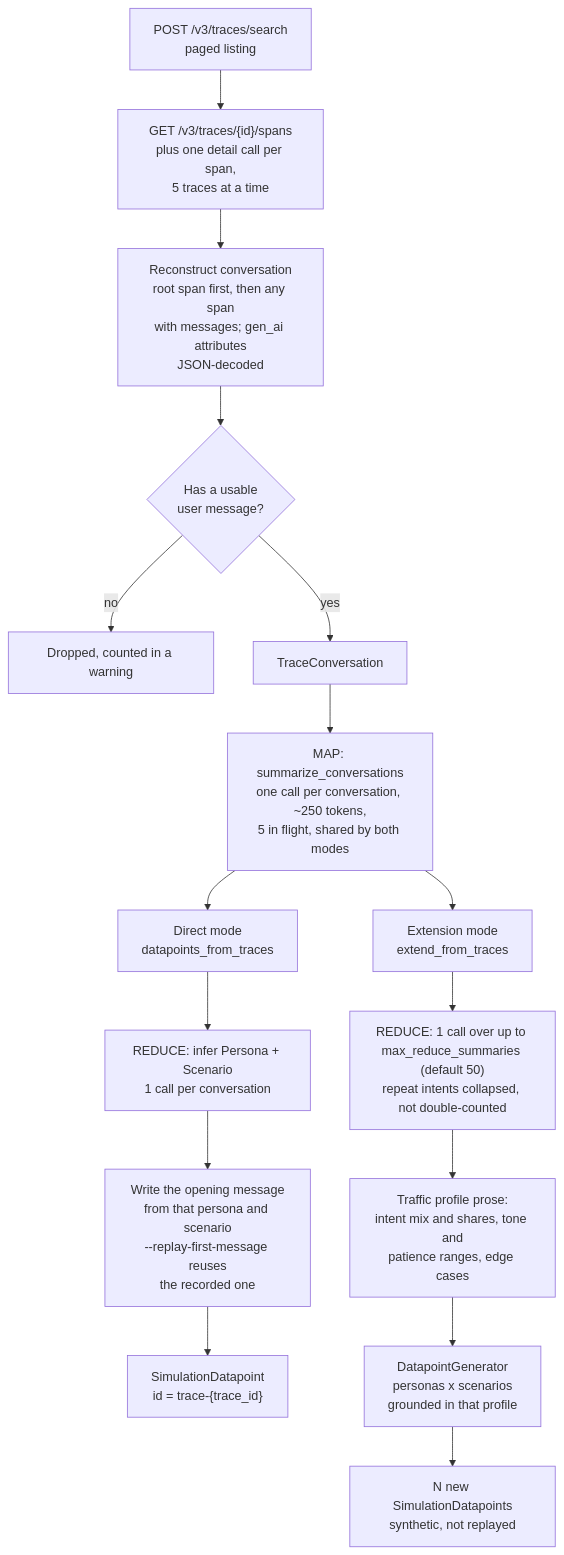
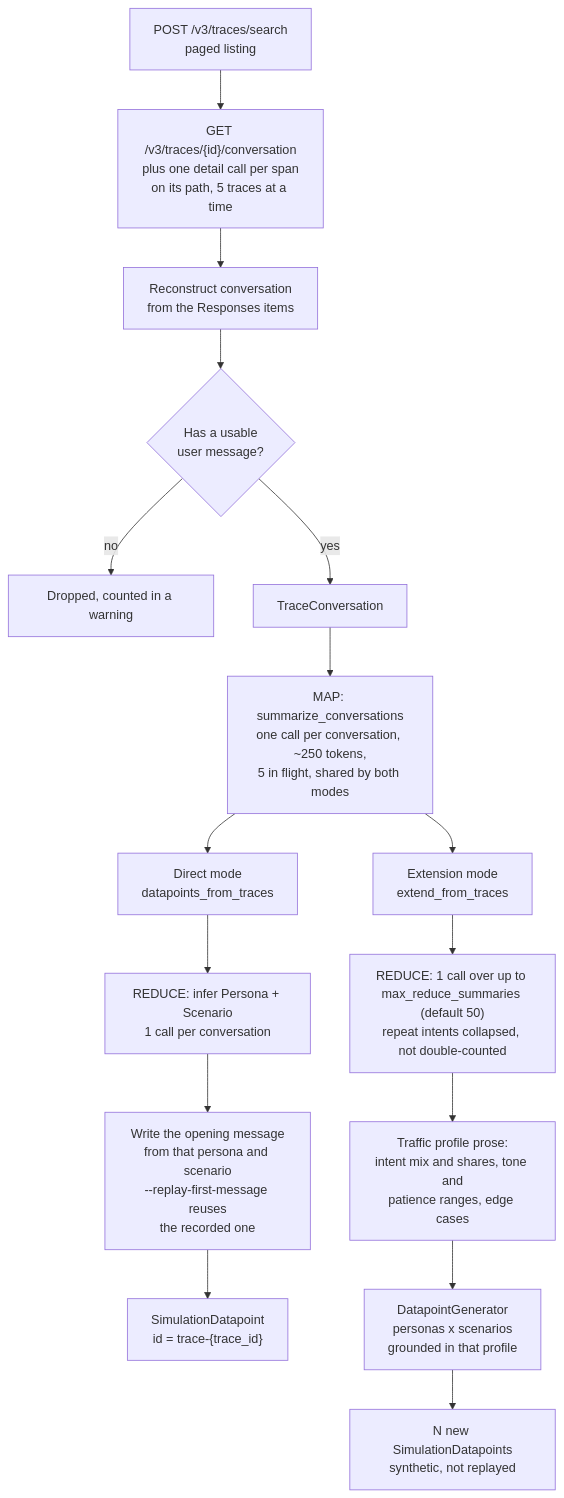
Before and after one commit to orq-ai/evaluatorq: the second of 2 diagrams in docs/guides/agent-simulation.md, drawn with Mermaid. The commit also changed 14 other files, not shown here.

First line of the commit message:
refactor: read Orq traces through one SDK client shared with trace_finder (RES-1946)

````diff
--- a/docs/guides/agent-simulation.md
+++ b/docs/guides/agent-simulation.md
@@ -943,22 +943,22 @@
 ```mermaid
 flowchart TD
-    A["POST /v3/traces/search<br/>paged listing"] --> B["GET /v3/traces/{id}/spans<br/>plus one detail call per span,<br/>5 traces at a time"]
-    B --> C["Reconstruct conversation<br/>root span first, then any span<br/>with messages; gen_ai attributes<br/>JSON-decoded"]
+    A["POST /v3/traces/search<br/>paged listing"] --> B["GET /v3/traces/{id}/conversation<br/>plus one detail call per span<br/>on its path, 5 traces at a time"]
+    B --> C["Reconstruct conversation<br/>from the Responses items"]
     C --> D{"Has a usable<br/>user message?"}
     D -- "no" --> E["Dropped, counted in a warning"]
     D -- "yes" --> F["TraceConversation"]
 
     F --> S["MAP: summarize_conversations<br/>one call per conversation, ~250 tokens,<br/>5 in flight, shared by both modes"]
 
     S --> G["Direct mode<br/>datapoints_from_traces"]
     S --> H["Extension mode<br/>extend_from_traces"]
 
     G --> I["REDUCE: infer Persona + Scenario<br/>1 call per conversation"]
     I --> J["Write the opening message<br/>from that persona and scenario<br/>--replay-first-message reuses<br/>the recorded one"]
     J --> K["SimulationDatapoint<br/>id = trace-{trace_id}"]
 
     H --> L["REDUCE: 1 call over up to max_reduce_summaries (default 50)<br/>repeat intents collapsed, not double-counted"]
     L --> M["Traffic profile prose:<br/>intent mix and shares, tone and<br/>patience ranges, edge cases"]
     M --> N["DatapointGenerator<br/>personas x scenarios<br/>grounded in that profile"]
     N --> O["N new SimulationDatapoints<br/>synthetic, not replayed"]
 ```
````
